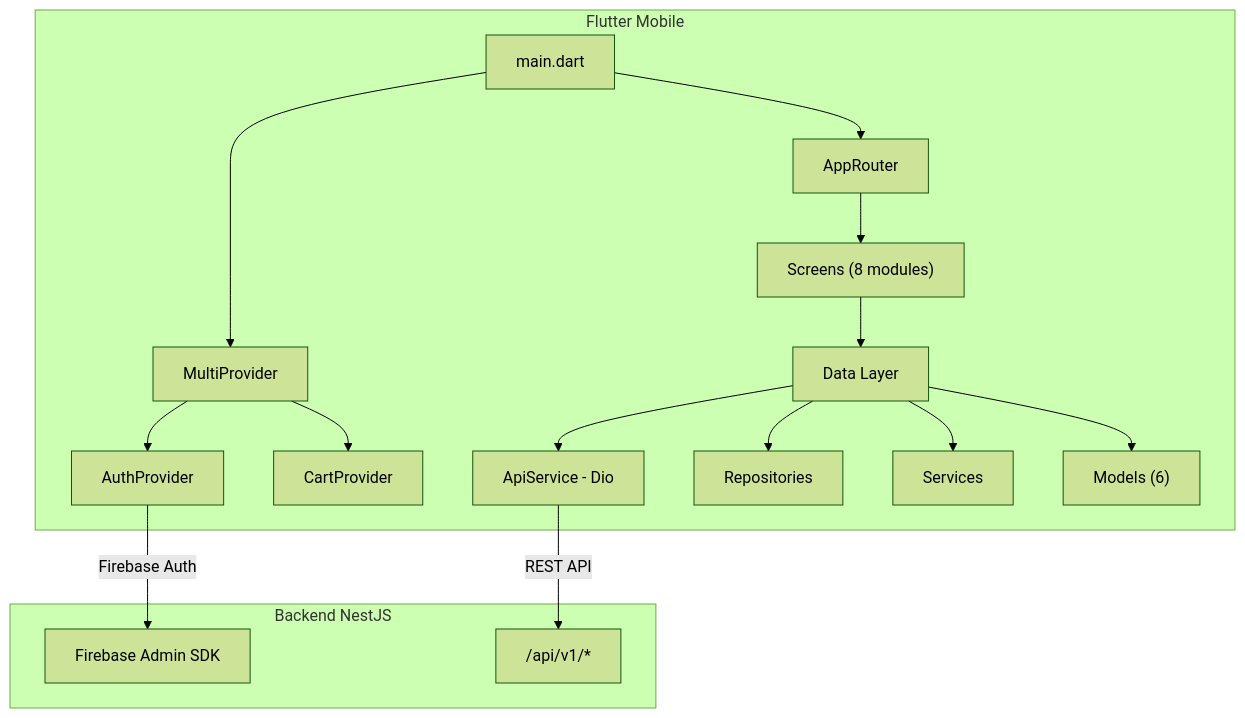
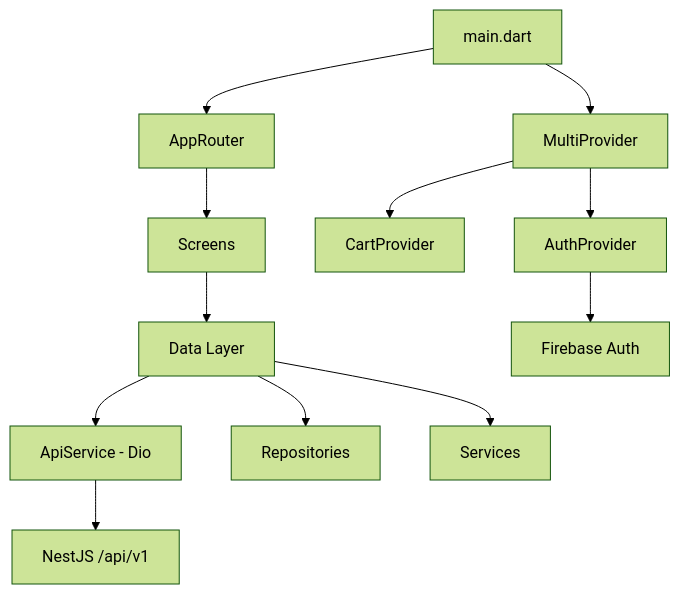
The first of 2 diagrams in agrilink_mobile_assessment.md (PRM393r/AgriLink_Mobile), drawn with Mermaid (forest theme) before and after one commit. The commit also changed other lines of this file and 1 other file, not shown here.

Commit message:
docs: update mobile assessment and team assignment documentation for agrilink project

````diff
--- a/agrilink_mobile_assessment.md
+++ b/agrilink_mobile_assessment.md
@@ -10,23 +64,14 @@
 ```mermaid
 graph TD
-    subgraph Flutter Mobile
-        A[main.dart] --> B[MultiProvider]
-        B --> C[AuthProvider]
-        B --> D[CartProvider]
-        A --> E[AppRouter]
-        E --> F["Screens (8 modules)"]
-        F --> G["Data Layer"]
-        G --> H[ApiService - Dio]
-        G --> I[Repositories]
-        G --> J[Services]
-        G --> K["Models (6)"]
-    end
-
-    subgraph Backend NestJS
-        L["/api/v1/*"]
-        M["Firebase Admin SDK"]
-    end
-
-    H -->|REST API| L
-    C -->|Firebase Auth| M
+    A[main.dart] --> B[MultiProvider]
+    B --> C[AuthProvider]
+    B --> D[CartProvider]
+    A --> E[AppRouter]
+    E --> F[Screens]
+    F --> G[Data Layer]
+    G --> H[ApiService - Dio]
+    G --> I[Repositories]
+    G --> J[Services]
+    H --> K[NestJS /api/v1]
+    C --> L[Firebase Auth]
 ```
````
